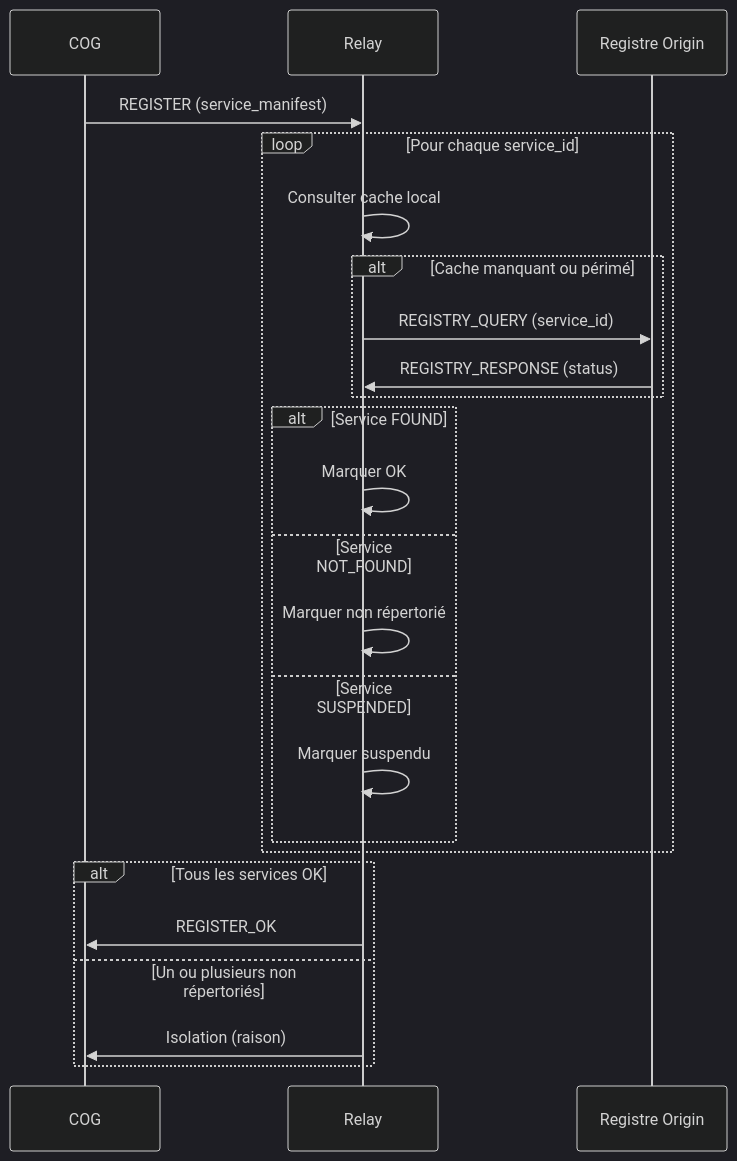
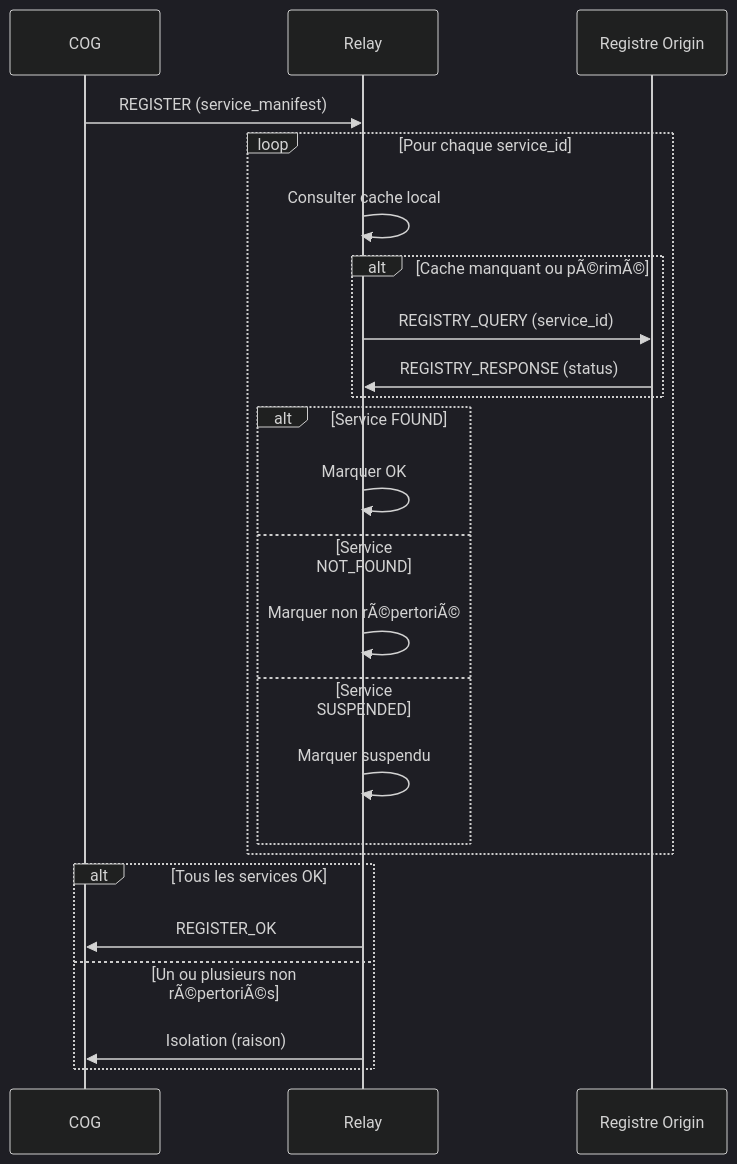
The second of 4 diagrams in docs/miyukini-webway-system/securite/MWS - Registre de Services et Isolation.md (StudioMiyukini/miyukini_cog), drawn with Mermaid (dark theme) before and after one commit. The commit also changed other lines of this file and 1287 other files, not shown here.

````diff
--- a/docs/miyukini-webway-system/securite/MWS - Registre de Services et Isolation.md
+++ b/docs/miyukini-webway-system/securite/MWS - Registre de Services et Isolation.md
@@ -107,27 +107,27 @@
 ```mermaid
 sequenceDiagram
     participant COG as COG
     participant R as Relay
     participant REG as Registre Origin
 
     COG->>R: REGISTER (service_manifest)
     loop Pour chaque service_id
         R->>R: Consulter cache local
-        alt Cache manquant ou périmé
+        alt Cache manquant ou pÃ©rimÃ©
             R->>REG: REGISTRY_QUERY (service_id)
             REG->>R: REGISTRY_RESPONSE (status)
         end
         alt Service FOUND
             R->>R: Marquer OK
         else Service NOT_FOUND
-            R->>R: Marquer non répertorié
+            R->>R: Marquer non rÃ©pertoriÃ©
         else Service SUSPENDED
             R->>R: Marquer suspendu
         end
     end
     alt Tous les services OK
         R->>COG: REGISTER_OK
-    else Un ou plusieurs non répertoriés
+    else Un ou plusieurs non rÃ©pertoriÃ©s
         R->>COG: Isolation (raison)
     end
 ```
````
